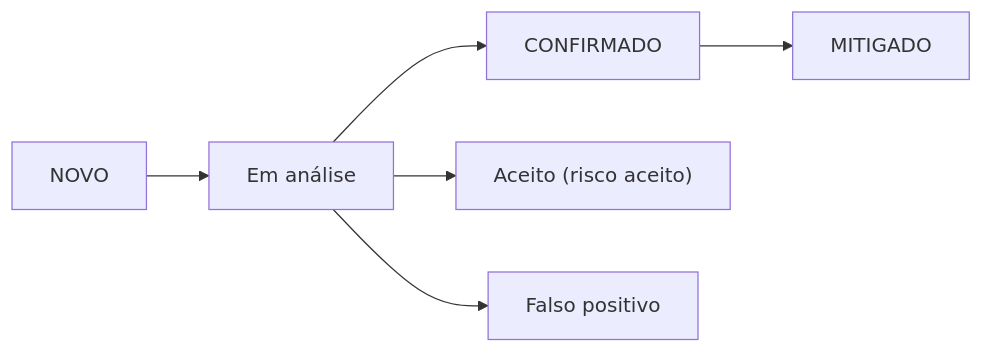
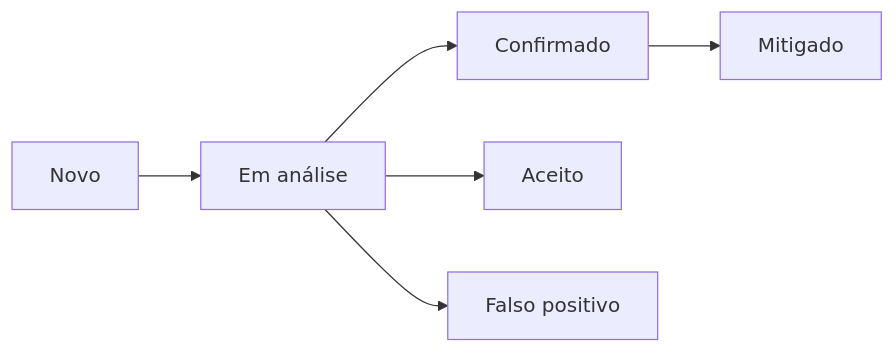
Before and after one commit to boliveiras/argus-asm-v1: the second of 2 diagrams in README.md, drawn with Mermaid. The commit also changed other lines of this file and 1 other file, not shown here.

````diff
--- a/README.md
+++ b/README.md
@@ -124,6 +116,7 @@
 ```mermaid
 flowchart LR
-    NOVO --> EM_ANALISE["Em análise"] --> CONFIRMADO --> MITIGADO
-    EM_ANALISE --> ACEITO["Aceito (risco aceito)"]
-    EM_ANALISE --> FP["Falso positivo"]
+    A["Novo"] --> B["Em análise"]
+    B --> C["Confirmado"] --> D["Mitigado"]
+    B --> E["Aceito"]
+    B --> F["Falso positivo"]
 ```
````
